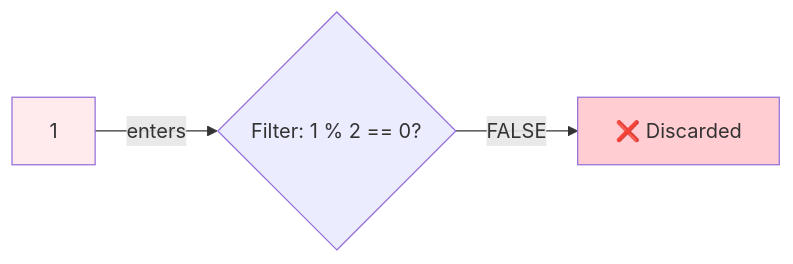
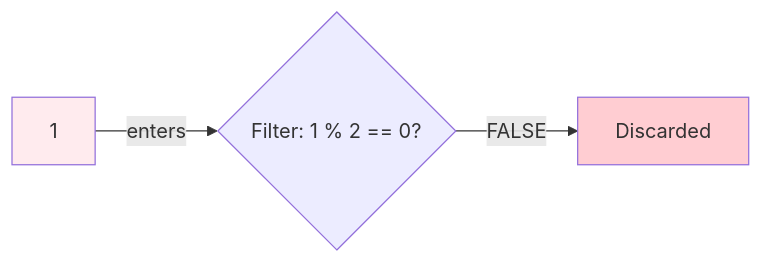
One commit to stravos97/java-documentation-notes changed the fourth of 8 diagrams in 04-streams/01-streams-overview.md. Above: the diagram before and after it, drawn with Mermaid. The commit also changed other lines of this file and 21 other files, not shown here.

````diff
--- a/04-streams/01-streams-overview.md
+++ b/04-streams/01-streams-overview.md
@@ -223,8 +223,8 @@
 ```mermaid
 flowchart LR
     N1[1] -->|enters| F1{Filter: 1 % 2 == 0?}
-    F1 -->|FALSE| X1[❌ Discarded]
+    F1 -->|FALSE| X1[Discarded]
     
     style N1 fill:#ffebee
     style X1 fill:#ffcdd2
 ```
````
